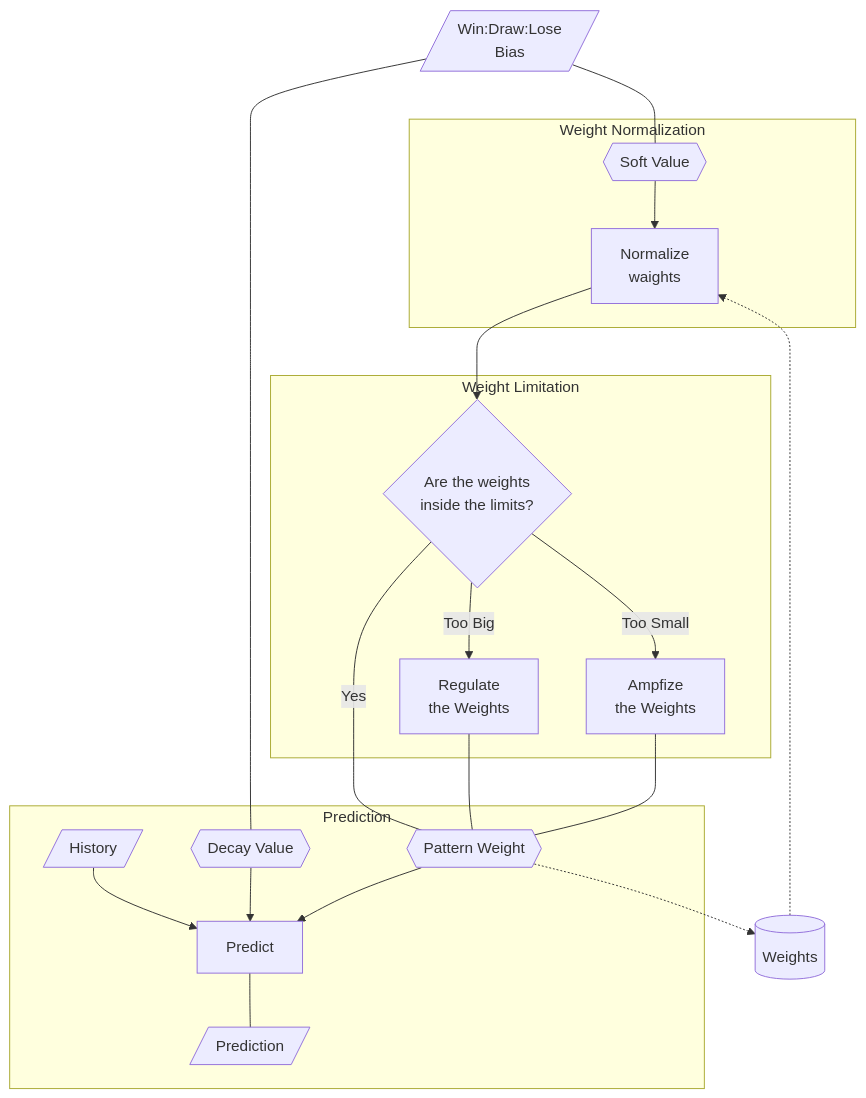
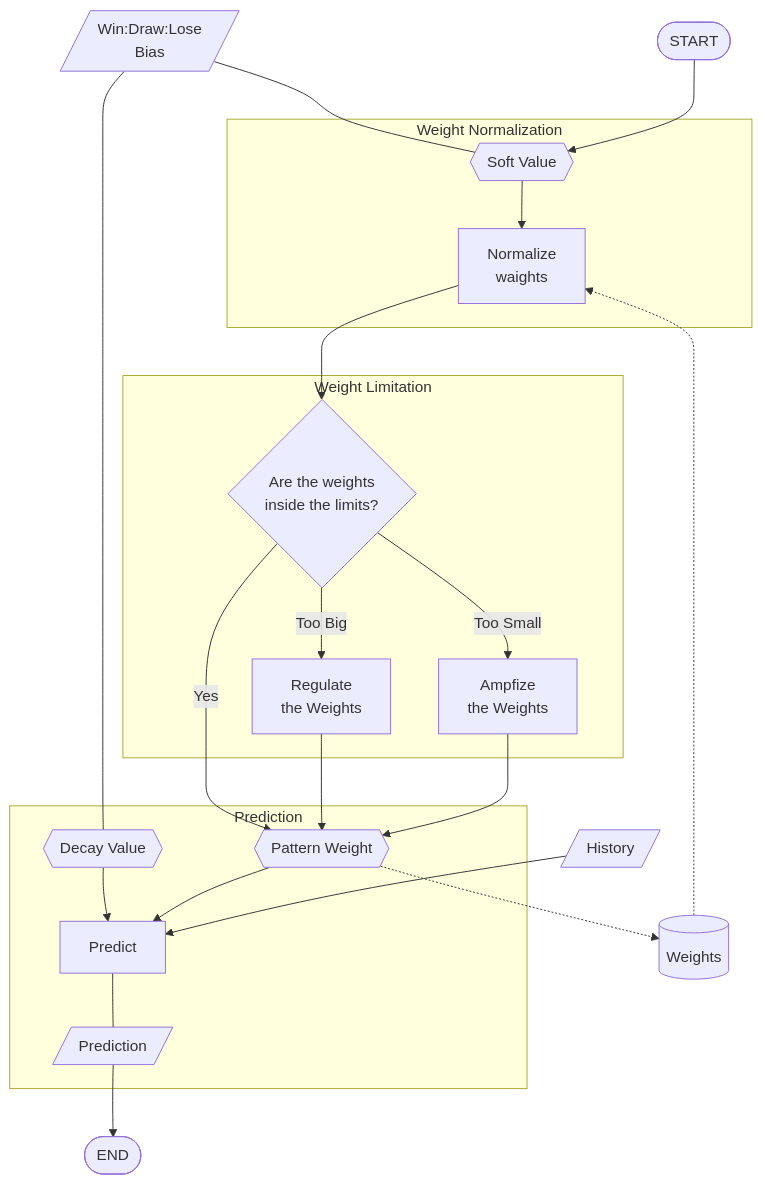
One commit to Ryuji-Hazama/AI_RSP_Game changed the fourth of 6 diagrams in README.md. Above: the diagram before and after it, drawn with Mermaid. The commit also changed other lines of this file, not shown here.

````diff
--- a/README.md
+++ b/README.md
@@ -162,35 +163,39 @@
 ```mermaid
 graph TD;
 
 Bias[/"Win:Draw:Lose
-    Bias"/]
-We[("Weights")]
+    Bias"/];
+We[("Weights")];
+ST(["START"]);
+His[/"History"/];
 
   subgraph Lim["Weight Limitation"];
     C{"Are the weights
     inside the limits?"} -->|Too Big|R["Regulate
     the Weights"];
     C -->|Too Small|A["Ampfize
     the Weights"];
   end
   subgraph Nor["Weight Normalization"];
     Sv{{"Soft Value"}} --> N["Normalize
     waights"];
   end
   subgraph Pre["Prediction"];
-    His[/"History"/] --> P1["Predict"];
-    Dv{{"Decay Value"}} --> P1;
+    Dv{{"Decay Value"}} --> P1["Predict"];
     P1 --- iP[/"Prediction"/];
     Pw{{"Pattern Weight"}} --> P1;
   end
+
+  His --> P1;
   Bias --- Dv;
-
   Bias --- Sv;
+  ST --> Sv;
   We -.-> N;
 
-  N --> C
-  C ---|Yes|Pw;
-  R --- Pw;
-  A --- Pw;
-  Pw -.-> We
+  N --> C;
+  C -->|Yes| Pw;
+  R --> Pw;
+  A --> Pw;
+  Pw -.-> We;
+  iP --> E(["END"]);
 ```
````
